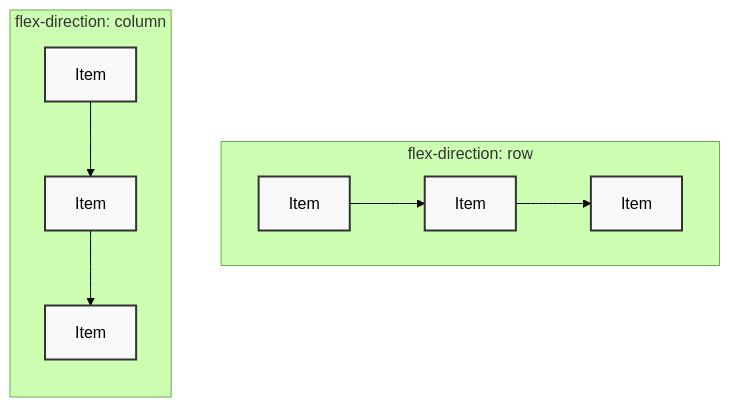
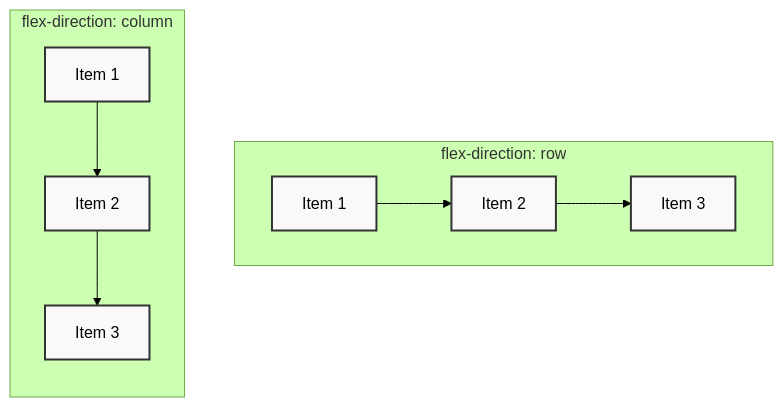
One commit to nusretoglu/senior-frontend-roadmap changed the diagram in docs/03-html-css-advanced/01-flexbox.md. Above: the diagram before and after it, drawn with Mermaid (forest theme). The commit also changed other lines of this file and 143 other files, not shown here.

````diff
--- a/docs/03-html-css-advanced/01-flexbox.md
+++ b/docs/03-html-css-advanced/01-flexbox.md
@@ -45,14 +47,14 @@
 ```mermaid
 graph TD
     subgraph Row_Direction [flex-direction: row]
     direction LR
-    A1[Item] --> B1[Item] --> C1[Item]
+    A1[Item 1] --> B1[Item 2] --> C1[Item 3]
     end
     
     subgraph Column_Direction [flex-direction: column]
     direction TB
-    A2[Item] --> B2[Item] --> C2[Item]
+    A2[Item 1] --> B2[Item 2] --> C2[Item 3]
     end
     
     classDef default fill:#f9f9f9,stroke:#333,stroke-width:2px;
 ```
````
